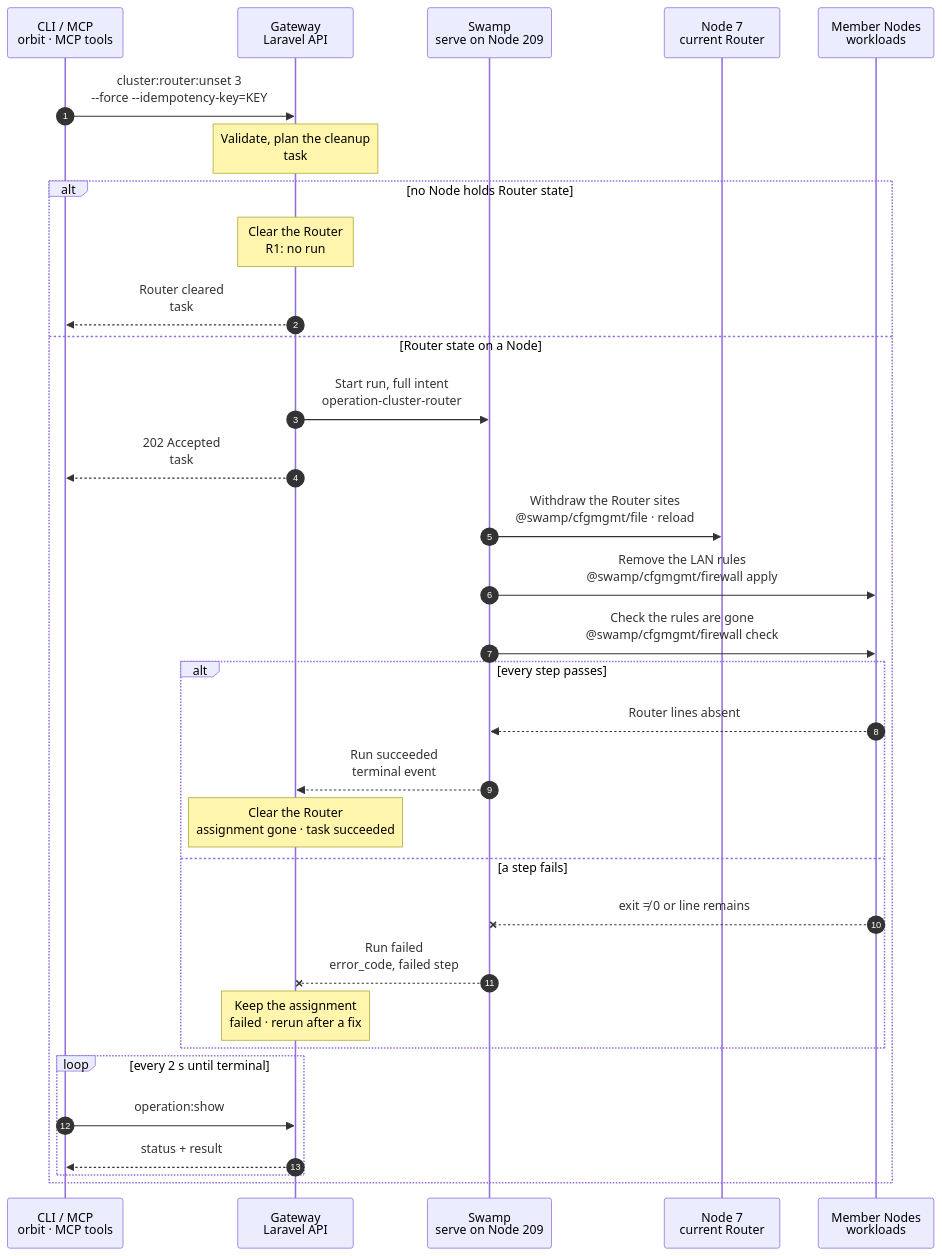
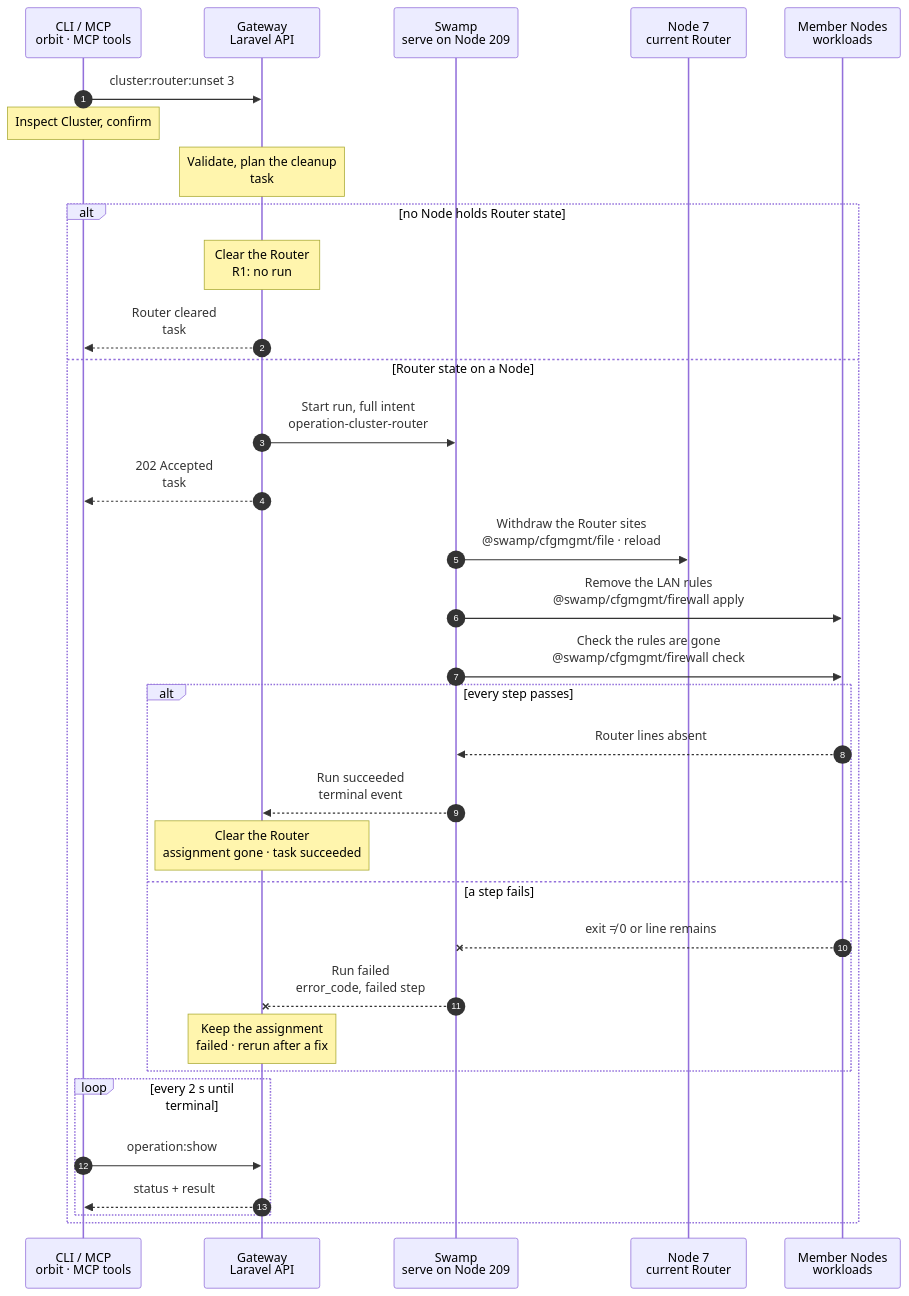
Before and after one commit to hardimpactdev/orbit: the diagram in docs/cli/cluster/router-unset.mmd, drawn with Mermaid. The commit also changed 4 other files, not shown here.

First line of the commit message:
docs(cluster,conn): charts draw the required-parameter path first (flow rule 23) (#2473)

```diff
--- a/docs/cli/cluster/router-unset.mmd
+++ b/docs/cli/cluster/router-unset.mmd
@@ -1,107 +1,113 @@
 sequenceDiagram
   %% Target design: ADR 0244 task, DECISIONS R2-R4, same shape as cluster.router_set. docs/reference/native-cluster-router.md, docs/cli/cluster.mdx.
   %% Tightened: flow-tighten 2026-11-02, rules 1, 22 (no empty DNS note step; cfgmgmt file for the sites).
   %% status: draft
   %% command: cluster:router:unset
   %% kind: cluster.router_unset
   autonumber
   %% lane CLI icon=terminal pill=caller tone=gray
   %% lane GW icon=gateway pill=intent tone=blue
   %% lane SW icon=workflow pill=executes tone=green
   %% lane N icon=server pill=target tone=amber
   %% lane M icon=server pill=target tone=purple
   participant CLI as CLI / MCP<br/>orbit · MCP tools
   participant GW as Gateway<br/>Laravel API
   participant SW as Swamp<br/>serve on Node 209
   participant N as Node 7<br/>current Router
   participant M as Member Nodes<br/>workloads
-  CLI->>GW: cluster:router:unset 3<br/>--force --idempotency-key=KEY
+  CLI->>GW: cluster:router:unset 3
   %%> Command:
-  %%> - `orbit cluster:router:unset 3 --force`
+  %%> - `orbit cluster:router:unset 3`
   %%> - syntax: `<cluster> [--force] [--idempotency-key=KEY] [--json]`
+  %%> Options:
+  %%> - `--idempotency-key`: reuses the same Operation admission for a retry with the same key
+  %%> - `--json`: waits for the terminal Operation and renders it as JSON
   %%> Confirmation:
   %%> - without `--force`, the CLI asks first; the default is No
   %%> - without a terminal, or with `--json`, `--force` is required
+  Note over CLI: Inspect Cluster, confirm
+  %%> What it does:
+  %%> - reads Cluster 3 and asks for confirmation; the default is No
   Note over GW: Validate, plan the cleanup<br/>task #5161 · Cluster lock
   %%> Requirements:
   %%> - your Node has an access grant to Node 7
   %%> - Cluster 3 is inactive or has no TLD (`cluster.active_router_required`)
   %%> - Cluster 3 owns no Route (`cluster.routes_require_router`)
   %%> - no other Router change runs for Cluster 3; the Gateway waits up to 30 seconds, then refuses with `cluster.router_busy`
   %%> Builds:
   %%> - the Router state to remove: Router sites and certificates, and the LAN rules only the Router needed
   %%> Result:
   %%> - Node 7's `router` assignment recorded as retiring
   %%> - task #5161 recorded with the full intent
   %%> Decides:
   %%> - whether any Node holds Router state: a Router site, a Router certificate, or a LAN rule only the Router needed
   alt no Node holds Router state
     Note over GW: Clear the Router<br/>R1: no run
     %%> Result:
     %%> - Node 7's `router` assignment is deleted and task #5161 succeeds at once; no Swamp run starts (R1)
     GW-->>CLI: Router cleared<br/>task #5161 succeeded
     %%> What you get:
     %%> - the final result at once; there is nothing to follow
   else Router state on a Node
   GW->>SW: Start run, full intent<br/>operation-cluster-router
   %%> What it does:
   %%> - starts one Swamp run on serve (Node 209)
   %%> Inputs:
   %%> - the state to remove, and the addresses and SSH host keys of Node 7 and the members
   GW-->>CLI: 202 Accepted<br/>task #5161
   %%> What you get:
   %%> - the task number, at once
   %%> Next:
   %%> - the CLI follows the task with `operation:show`
   SW->>N: Withdraw the Router sites<br/>@swamp/cfgmgmt/file · reload
   %%> How:
   %%> - over SSH from 209 with `@swamp/ssh` and `@swamp/cfgmgmt/file`; `caddy validate`, then a reload
   %%> No DNS change:
   %%> - an inactive Cluster, or one without a TLD and Routes, gets no Router answers from private DNS
   %%> What it does:
   %%> - removes the Router sites and their certificates, validates the rest, and reloads Caddy; no restart
   %%> - Caddy and the packages stay, as for every role removal that keeps shared packages
   SW->>M: Remove the LAN rules<br/>@swamp/cfgmgmt/firewall apply
   %%> What it does:
   %%> - on Node 7: removes the 443 and 53 allows for member LAN addresses
   %%> - on each member: removes the allows for Node 7's LAN address that no other Route needs
   %%> - never removes WireGuard baseline rules
   SW->>M: Check the rules are gone<br/>@swamp/cfgmgmt/firewall check
   %%> What it does:
   %%> - reads ufw back on every Node and checks the Router lines are absent
   alt every step passes
     M-->>SW: Router lines absent
     %%> Returns:
     %%> - the check passed on every Node
     SW-->>GW: Run succeeded<br/>terminal event
     %%> How the Gateway learns it:
     %%> - its shared run reader sees the terminal event; Swamp never calls the Gateway
     Note over GW: Clear the Router<br/>assignment gone · task succeeded
     %%> Result:
     %%> - Node 7's `router` assignment is deleted; Cluster 3 has no Router
     %%> - task #5161 succeeds
   else a step fails
     M--xSW: exit ≠ 0 or line remains
     %%> When:
     %%> - Caddy refuses the config, SSH fails, or a rule is still present
     SW--xGW: Run failed<br/>error_code, failed step
     %%> The Gateway reads:
     %%> - which step failed and its error code
     Note over GW: Keep the assignment<br/>failed · rerun after a fix
     %%> Result:
     %%> - Node 7's `router` assignment stays, marked failed
     %%> - task #5161 fails
     %%> On the Node:
     %%> - steps that finished stay done; there is no rollback, because the Cluster serves no traffic through the Router
     %%> Retry:
     %%> - run the same command again; it skips what is already removed
   end
   loop every 2 s until terminal
     CLI->>GW: operation:show #5161
     %%> What it does:
     %%> - asks for the task's status every 2 seconds until it has ended
     GW-->>CLI: status + result
     %%> Returns:
     %%> - the current status, and the result once the task has ended
   end
   end
```
